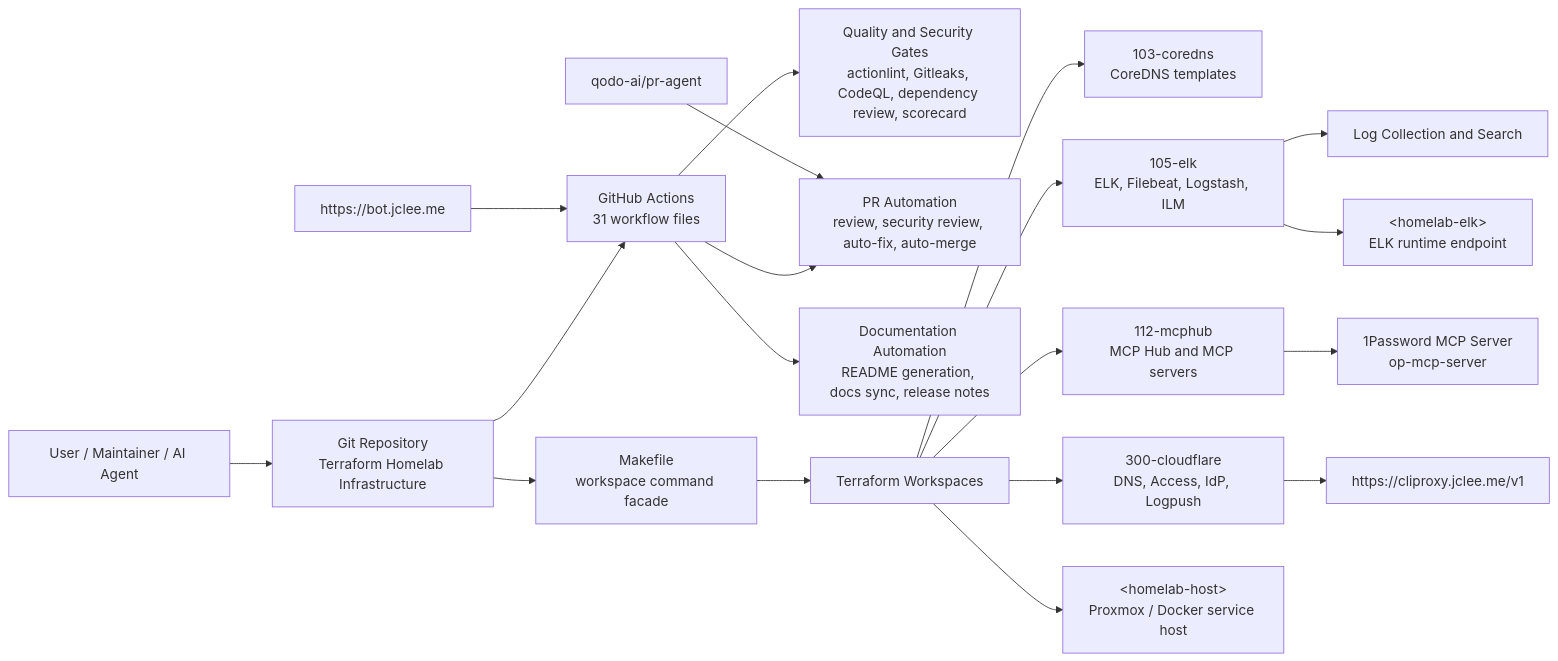
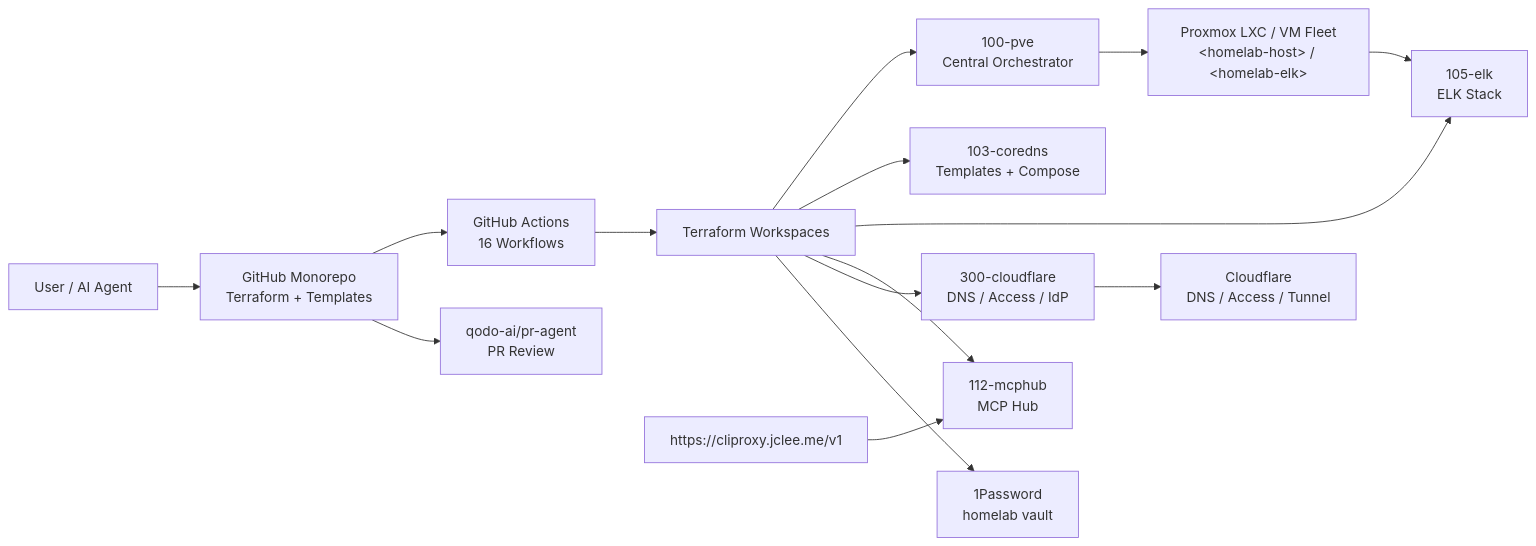
Before and after one commit to jclee941/terraform: the second of 2 diagrams in README.md, drawn with Mermaid. The commit also changed other lines of this file, not shown here.

Commit message:
docs: auto-update README.md

````diff
--- a/README.md
+++ b/README.md
@@ -660,24 +460,32 @@
 ```mermaid
 flowchart LR
-  UserEN["User / Maintainer / AI Agent"] --> RepoEN["Git Repository<br/>Terraform Homelab Infrastructure"]
-  RepoEN --> ActionsEN["GitHub Actions<br/>31 workflow files"]
-  ActionsEN --> ChecksEN["Quality and Security Gates<br/>actionlint, Gitleaks, CodeQL, dependency review, scorecard"]
-  ActionsEN --> PRAutoEN["PR Automation<br/>review, security review, auto-fix, auto-merge"]
-  ActionsEN --> DocsEN["Documentation Automation<br/>README generation, docs sync, release notes"]
+  Dev["User / AI Agent"]
+  Repo["GitHub Monorepo<br/>Terraform + Templates"]
+  CI["GitHub Actions<br/>16 Workflows"]
+  TF["Terraform Workspaces"]
+  PVE["100-pve<br/>Central Orchestrator"]
+  DNS_ws["103-coredns<br/>Templates + Compose"]
+  ELK_ws["105-elk<br/>ELK Stack"]
+  MCP_ws["112-mcphub<br/>MCP Hub"]
+  CF_ws["300-cloudflare<br/>DNS / Access / IdP"]
+  Fleet["Proxmox LXC / VM Fleet<br/>&lt;homelab-host&gt; / &lt;homelab-elk&gt;"]
+  OP["1Password<br/>homelab vault"]
+  CDN["Cloudflare<br/>DNS / Access / Tunnel"]
+  PRReview["qodo-ai/pr-agent<br/>PR Review"]
+  Public["https://cliproxy.jclee.me/v1"]
 
-  RepoEN --> MakeEN["Makefile<br/>workspace command facade"]
-  MakeEN --> TerraformEN["Terraform Workspaces"]
-  TerraformEN --> CoreDNSEN["103-coredns<br/>CoreDNS templates"]
-  TerraformEN --> ELKEN["105-elk<br/>ELK, Filebeat, Logstash, ILM"]
-  TerraformEN --> MCPHubEN["112-mcphub<br/>MCP Hub and MCP servers"]
-  TerraformEN --> CloudflareEN["300-cloudflare<br/>DNS, Access, IdP, Logpush"]
-
-  ELKEN --> LogsEN["Log Collection and Search"]
-  MCPHubEN --> OnePasswordMCPEN["1Password MCP Server<br/>op-mcp-server"]
-  CloudflareEN --> PublicEndpointEN["https://cliproxy.jclee.me/v1"]
-  TerraformEN --> HomelabHostEN["&lt;homelab-host&gt;<br/>Proxmox / Docker service host"]
-  ELKEN --> HomelabELKEN["&lt;homelab-elk&gt;<br/>ELK runtime endpoint"]
-
-  BotEN["https://bot.jclee.me"] --> ActionsEN
-  QodoEN["qodo-ai/pr-agent"] --> PRAutoEN
+  Dev --> Repo
+  Repo --> CI
+  CI --> TF
+  TF --> PVE
+  TF --> DNS_ws
+  TF --> ELK_ws
+  TF --> MCP_ws
+  TF --> CF_ws
+  PVE --> Fleet
+  TF --> OP
+  Fleet --> ELK_ws
+  CF_ws --> CDN
+  Repo --> PRReview
+  Public --> MCP_ws
 ```
````
